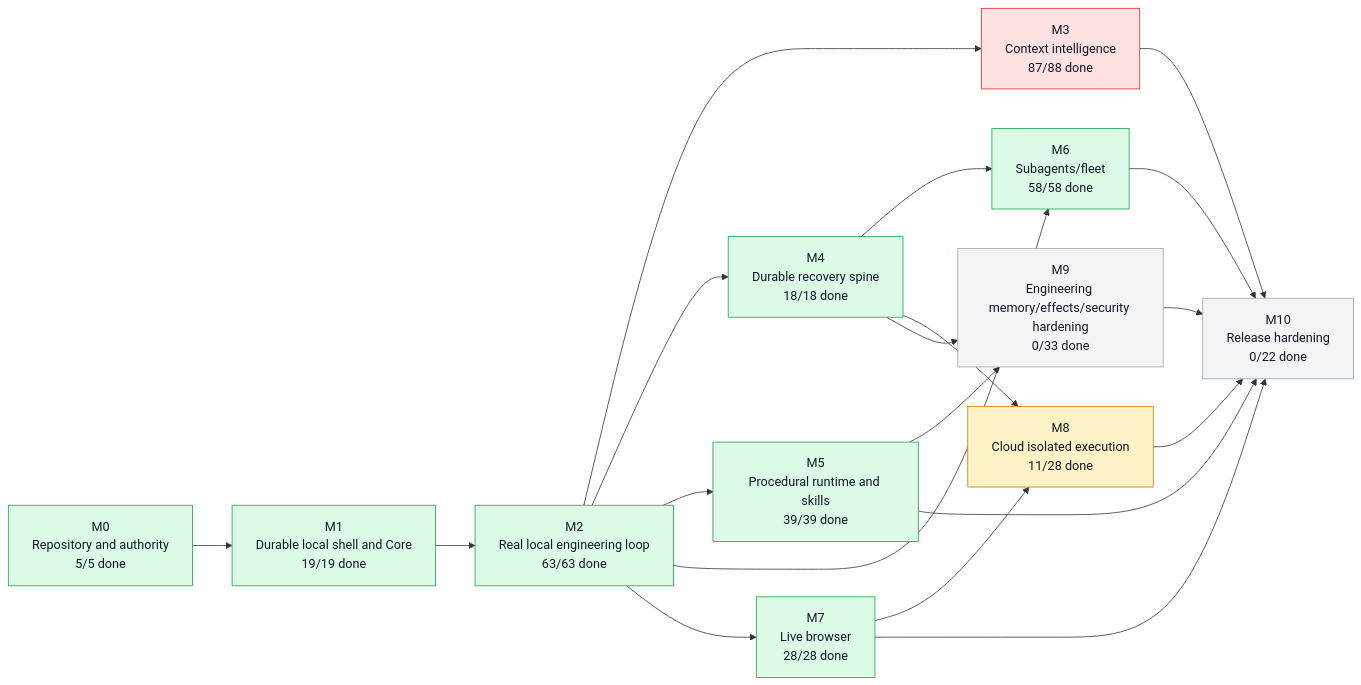
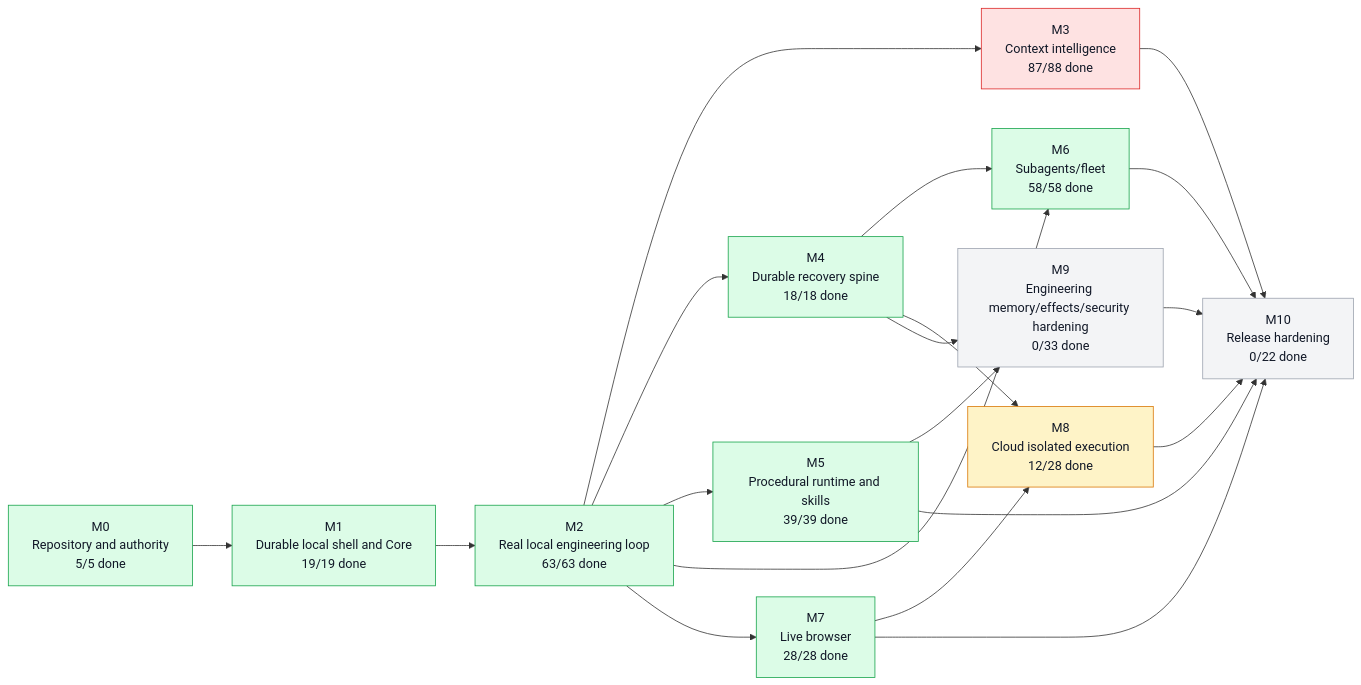
One commit to moss101/modbit changed the first of 5 diagrams in graph/PROJECT_GRAPH.md. Above: the diagram before and after it, drawn with Mermaid. The commit also changed other lines of this file and 7 other files, not shown here.

````diff
--- a/graph/PROJECT_GRAPH.md
+++ b/graph/PROJECT_GRAPH.md
@@ -57,43 +57,43 @@
 ```mermaid
 flowchart LR
   M0["M0<br/>Repository and authority<br/>5/5 done"]
   M1["M1<br/>Durable local shell and Core<br/>19/19 done"]
   M2["M2<br/>Real local engineering loop<br/>63/63 done"]
   M3["M3<br/>Context intelligence<br/>87/88 done"]
   M4["M4<br/>Durable recovery spine<br/>18/18 done"]
   M5["M5<br/>Procedural runtime and skills<br/>39/39 done"]
   M6["M6<br/>Subagents/fleet<br/>58/58 done"]
   M7["M7<br/>Live browser<br/>28/28 done"]
-  M8["M8<br/>Cloud isolated execution<br/>11/28 done"]
+  M8["M8<br/>Cloud isolated execution<br/>12/28 done"]
   M9["M9<br/>Engineering memory/effects/security hardening<br/>0/33 done"]
   M10["M10<br/>Release hardening<br/>0/22 done"]
   M0 --> M1
   M1 --> M2
   M2 --> M3
   M2 --> M4
   M2 --> M5
   M2 --> M6
   M4 --> M6
   M2 --> M7
   M4 --> M8
   M7 --> M8
   M4 --> M9
   M5 --> M9
   M3 --> M10
   M5 --> M10
   M6 --> M10
   M7 --> M10
   M8 --> M10
   M9 --> M10
   style M0 fill:#dcfce7,stroke:#16a34a,color:#111827
   style M1 fill:#dcfce7,stroke:#16a34a,color:#111827
   style M2 fill:#dcfce7,stroke:#16a34a,color:#111827
   style M3 fill:#fee2e2,stroke:#dc2626,color:#111827
   style M4 fill:#dcfce7,stroke:#16a34a,color:#111827
   style M5 fill:#dcfce7,stroke:#16a34a,color:#111827
   style M6 fill:#dcfce7,stroke:#16a34a,color:#111827
   style M7 fill:#dcfce7,stroke:#16a34a,color:#111827
   style M8 fill:#fef3c7,stroke:#d97706,color:#111827
   style M9 fill:#f3f4f6,stroke:#9ca3af,color:#111827
   style M10 fill:#f3f4f6,stroke:#9ca3af,color:#111827
 ```
````
